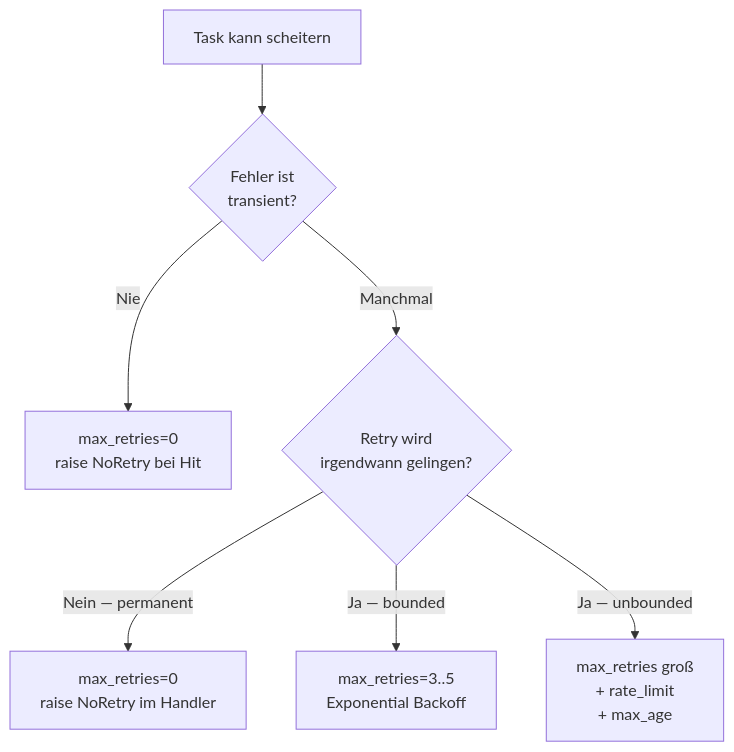
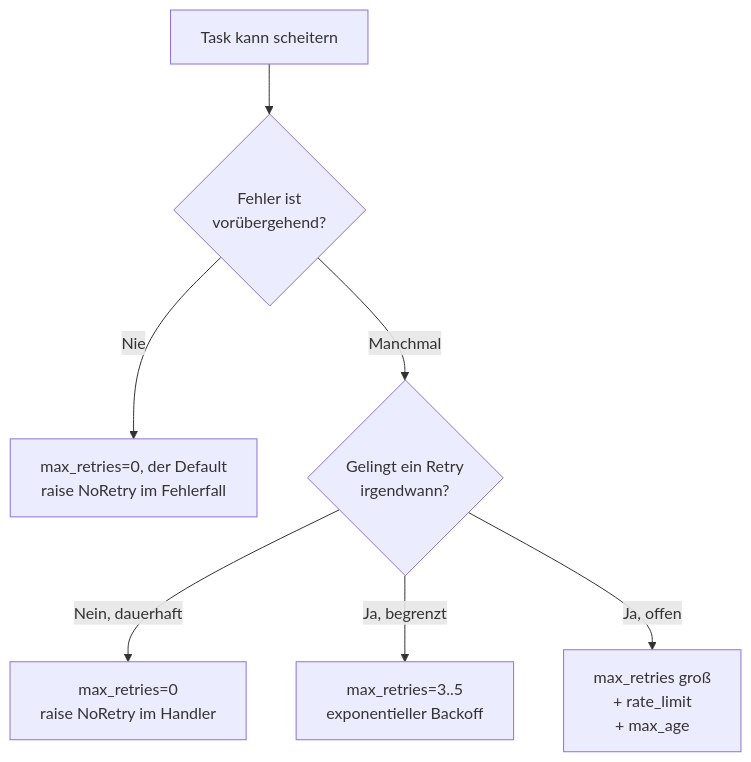
The second of 9 diagrams in website/reference/agent/decision-trees.de.md (Schorschofwill/swarmq), drawn with Mermaid before and after one commit. The commit also changed other lines of this file and 84 other files, not shown here.

````diff
--- a/website/reference/agent/decision-trees.de.md
+++ b/website/reference/agent/decision-trees.de.md
@@ -32,9 +38,9 @@
 ```mermaid
 flowchart TD
-    A[Task kann scheitern] --> B{Fehler ist<br/>transient?}
-    B -->|Nie| C[max_retries=0<br/>raise NoRetry bei Hit]
-    B -->|Manchmal| D{Retry wird<br/>irgendwann gelingen?}
-    D -->|Nein — permanent| E[max_retries=0<br/>raise NoRetry im Handler]
-    D -->|Ja — bounded| F[max_retries=3..5<br/>Exponential Backoff]
-    D -->|Ja — unbounded| G[max_retries groß<br/>+ rate_limit<br/>+ max_age]
+    A[Task kann scheitern] --> B{Fehler ist<br/>vorübergehend?}
+    B -->|Nie| C[max_retries=0, der Default<br/>raise NoRetry im Fehlerfall]
+    B -->|Manchmal| D{Gelingt ein Retry<br/>irgendwann?}
+    D -->|Nein, dauerhaft| E[max_retries=0<br/>raise NoRetry im Handler]
+    D -->|Ja, begrenzt| F[max_retries=3..5<br/>exponentieller Backoff]
+    D -->|Ja, offen| G[max_retries groß<br/>+ rate_limit<br/>+ max_age]
 ```
````
